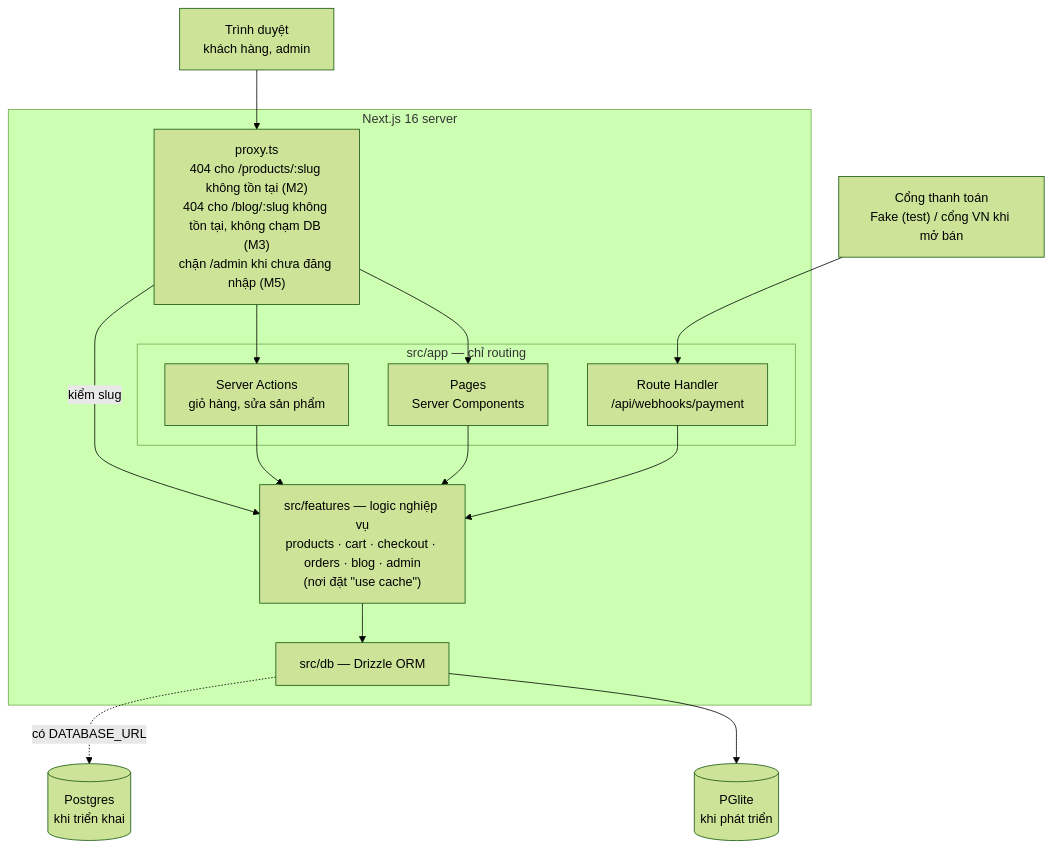
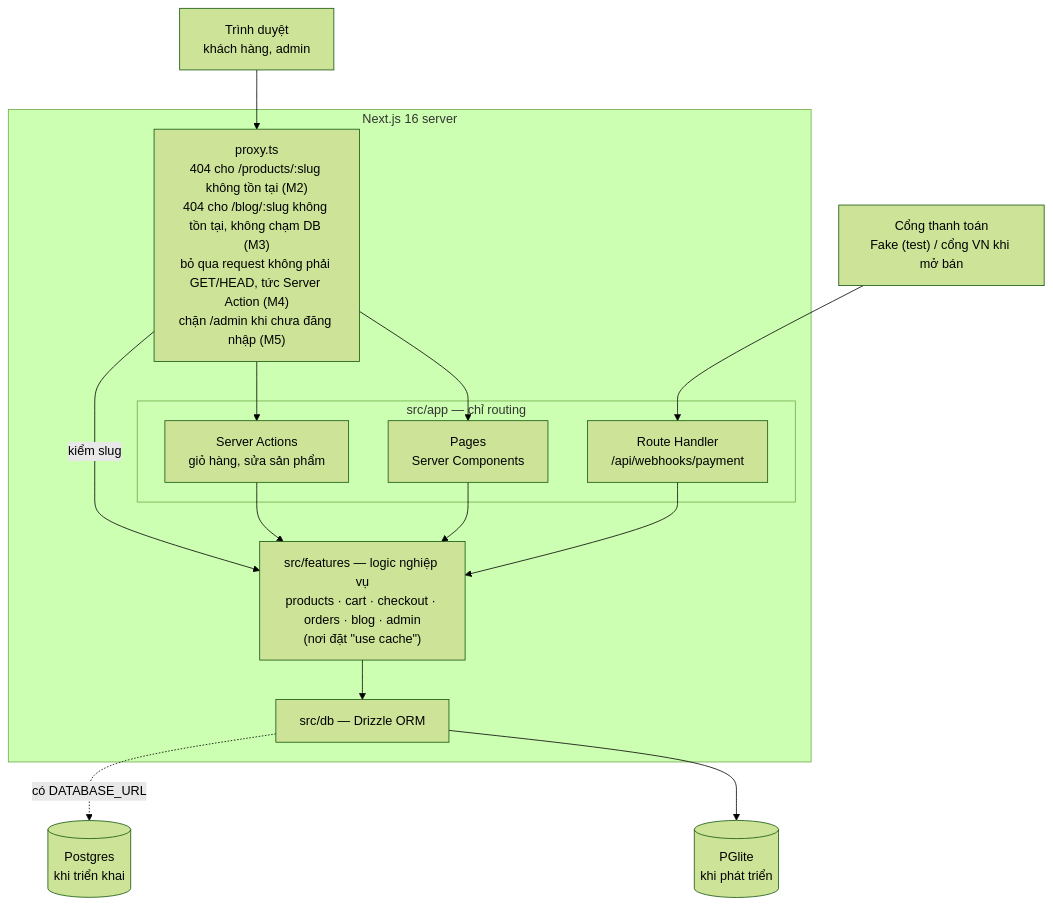
The first of 6 diagrams in docs/architecture.md (chinhpham208/next-store), drawn with Mermaid (forest theme) before and after one commit. The commit also changed other lines of this file and 8 other files, not shown here.

````diff
--- a/docs/architecture.md
+++ b/docs/architecture.md
@@ -9,26 +9,26 @@
 ```mermaid
 flowchart TB
   browser["Trình duyệt<br/>khách hàng, admin"]
   payment["Cổng thanh toán<br/>Fake (test) / cổng VN khi mở bán"]
 
   subgraph next["Next.js 16 server"]
-    proxy["proxy.ts<br/>404 cho /products/:slug không tồn tại (M2)<br/>404 cho /blog/:slug không tồn tại, không chạm DB (M3)<br/>chặn /admin khi chưa đăng nhập (M5)"]
+    proxy["proxy.ts<br/>404 cho /products/:slug không tồn tại (M2)<br/>404 cho /blog/:slug không tồn tại, không chạm DB (M3)<br/>bỏ qua request không phải GET/HEAD, tức Server Action (M4)<br/>chặn /admin khi chưa đăng nhập (M5)"]
     subgraph app["src/app — chỉ routing"]
       pages["Pages<br/>Server Components"]
       actions["Server Actions<br/>giỏ hàng, sửa sản phẩm"]
       route["Route Handler<br/>/api/webhooks/payment"]
     end
     features["src/features — logic nghiệp vụ<br/>products · cart · checkout · orders · blog · admin<br/>(nơi đặt &quot;use cache&quot;)"]
     db["src/db — Drizzle ORM"]
   end
 
   pglite[("PGlite<br/>khi phát triển")]
   postgres[("Postgres<br/>khi triển khai")]
 
   browser --> proxy --> pages & actions
   payment --> route
   pages & actions & route --> features --> db
   proxy -->|kiểm slug| features
   db --> pglite
   db -.->|có DATABASE_URL| postgres
 ```
````
